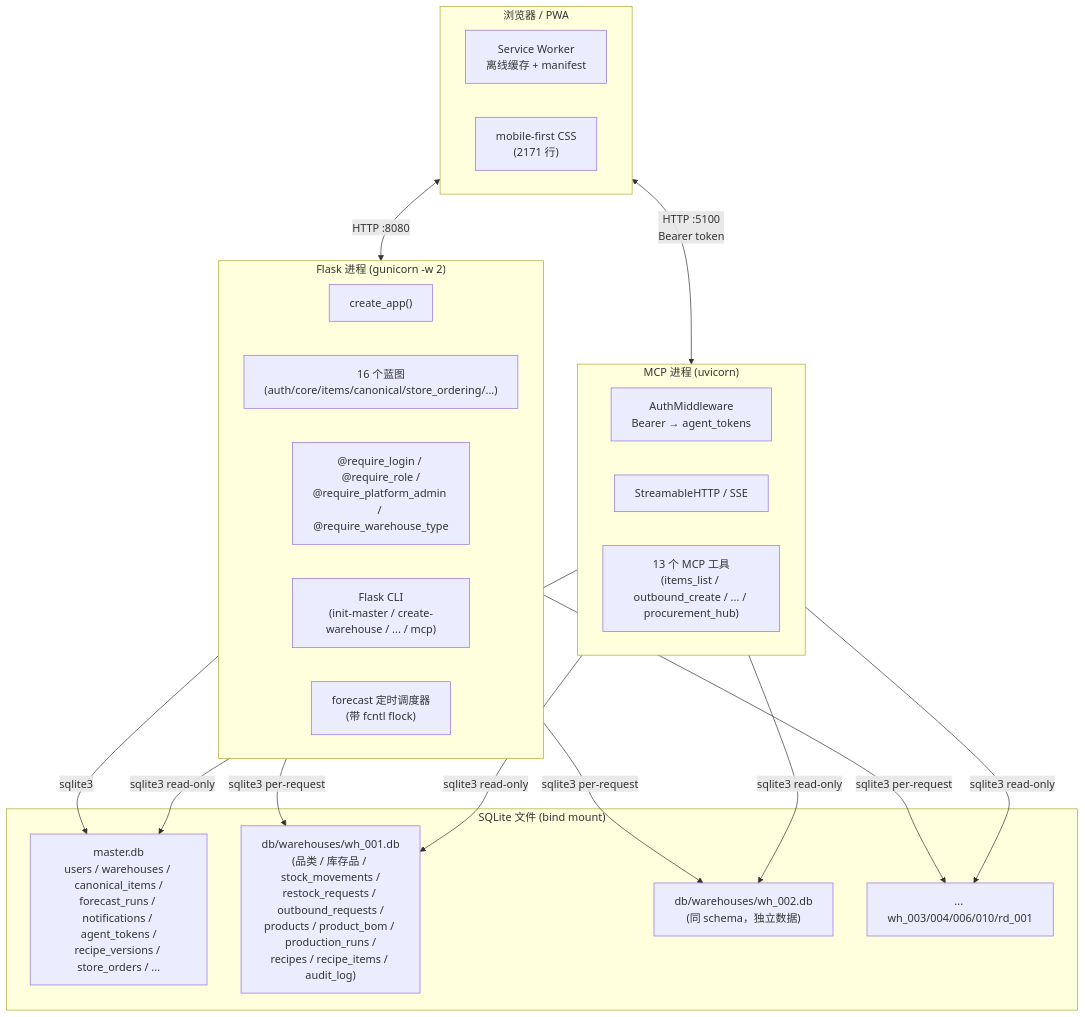
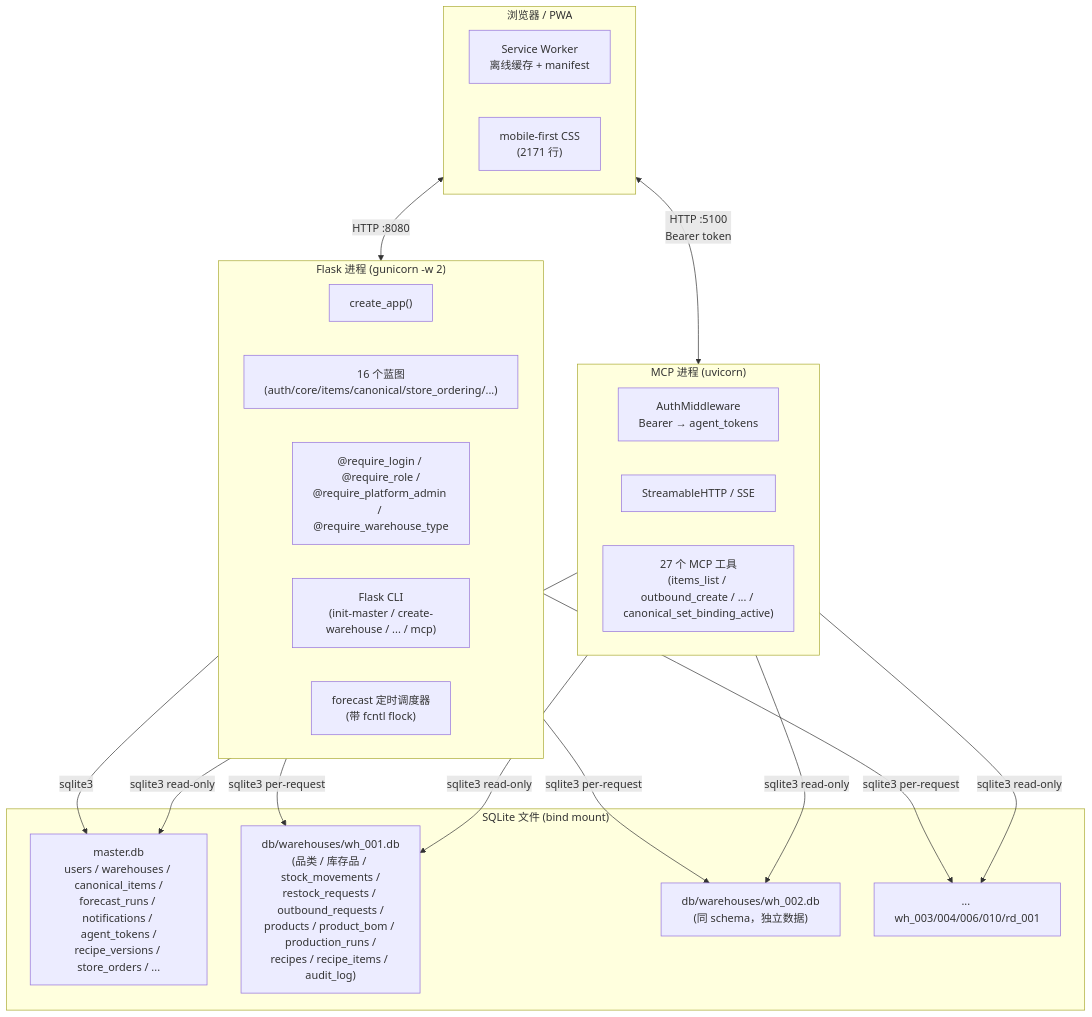
One commit to DUIDUI-Studio/DailyCheck changed the first of 18 diagrams in docs/ARCHITECTURE.md. Above: the diagram before and after it, drawn with Mermaid. The commit also changed other lines of this file and 14 other files, not shown here.

First line of the commit message:
fix(mcp): restock_list 改读 restock_requests 入库单 (#72)

````diff
--- a/docs/ARCHITECTURE.md
+++ b/docs/ARCHITECTURE.md
@@ -56,41 +56,41 @@
 ```mermaid
 flowchart TB
     subgraph Browser["浏览器 / PWA"]
         PWA["Service Worker<br/>离线缓存 + manifest"]
         MobileCSS["mobile-first CSS<br/>(2171 行)"]
     end
 
     subgraph FlaskProc["Flask 进程 (gunicorn -w 2)"]
         AppFactory["create_app()"]
         BP["16 个蓝图<br/>(auth/core/items/canonical/store_ordering/...)"]
         Perm["@require_login / @require_role /<br/>@require_platform_admin / @require_warehouse_type"]
         CLI["Flask CLI<br/>(init-master / create-warehouse / ... / mcp)"]
         Schedule["forecast 定时调度器<br/>(带 fcntl flock)"]
     end
 
     subgraph MCPProc["MCP 进程 (uvicorn)"]
         AuthMW["AuthMiddleware<br/>Bearer → agent_tokens"]
         Streamable["StreamableHTTP / SSE"]
-        Tools["13 个 MCP 工具<br/>(items_list / outbound_create / ... / procurement_hub)"]
+        Tools["27 个 MCP 工具<br/>(items_list / outbound_create / ... / canonical_set_binding_active)"]
     end
 
     subgraph Storage["SQLite 文件 (bind mount)"]
         Master["master.db<br/>users / warehouses / canonical_items /<br/>forecast_runs / notifications / agent_tokens /<br/>recipe_versions / store_orders / ..."]
         WH1["db/warehouses/wh_001.db<br/>(品类 / 库存品 / stock_movements /<br/>restock_requests / outbound_requests /<br/>products / product_bom / production_runs /<br/>recipes / recipe_items / audit_log)"]
         WH2["db/warehouses/wh_002.db<br/>(同 schema，独立数据)"]
         WHN["... wh_003/004/006/010/rd_001"]
     end
 
     Browser <-->|HTTP :8080| FlaskProc
     Browser <-->|HTTP :5100<br/>Bearer token| MCPProc
 
     FlaskProc -->|sqlite3| Master
     FlaskProc -->|sqlite3 per-request| WH1
     FlaskProc -->|sqlite3 per-request| WH2
     FlaskProc -->|sqlite3 per-request| WHN
 
     MCPProc -->|sqlite3 read-only| Master
     MCPProc -->|sqlite3 read-only| WH1
     MCPProc -->|sqlite3 read-only| WH2
     MCPProc -->|sqlite3 read-only| WHN
 ```
````
